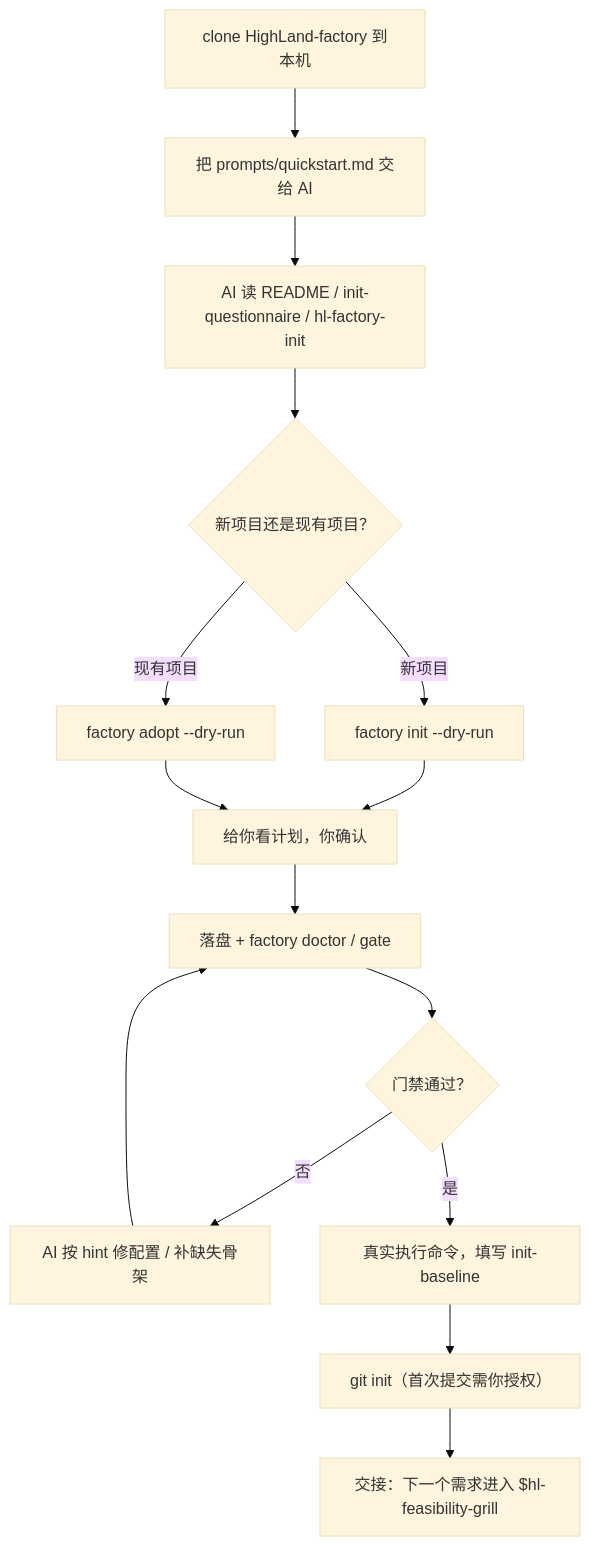
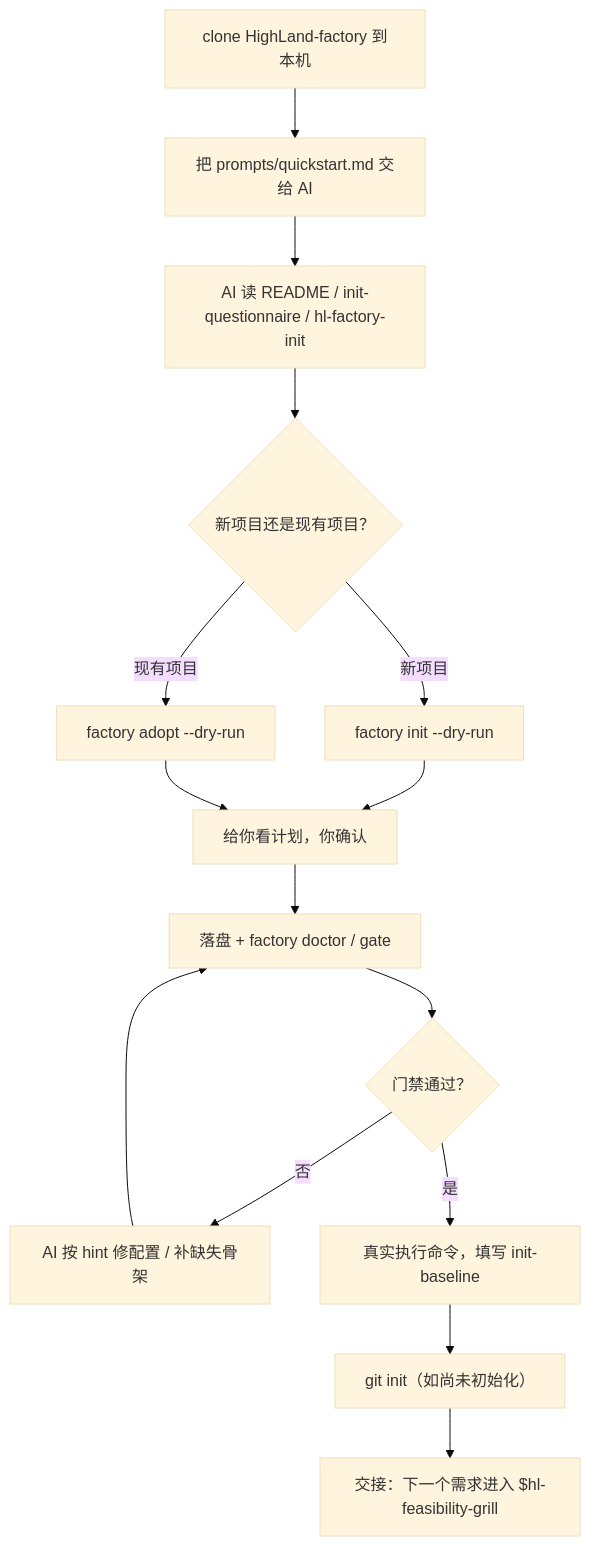
One commit to SearchLeeeee/HighLand-factory changed the first of 5 diagrams in README.md. Above: the diagram before and after it, drawn with Mermaid (base theme). The commit also changed other lines of this file and 33 other files, not shown here.

````diff
--- a/README.md
+++ b/README.md
@@ -47,17 +47,17 @@
 ```mermaid
 flowchart TD
     A["clone HighLand-factory 到本机"] --> B["把 prompts/quickstart.md 交给 AI"]
     B --> C["AI 读 README / init-questionnaire / hl-factory-init"]
     C --> D{"新项目还是现有项目？"}
     D -->|"新项目"| E["factory init --dry-run"]
     D -->|"现有项目"| F["factory adopt --dry-run"]
     E --> G["给你看计划，你确认"]
     F --> G
     G --> H["落盘 + factory doctor / gate"]
     H --> I{"门禁通过？"}
     I -->|"否"| J["AI 按 hint 修配置 / 补缺失骨架"]
     J --> H
     I -->|"是"| K["真实执行命令，填写 init-baseline"]
-    K --> L["git init（首次提交需你授权）"]
+    K --> L["git init（如尚未初始化）"]
     L --> M["交接：下一个需求进入 $hl-feasibility-grill"]
 ```
````
